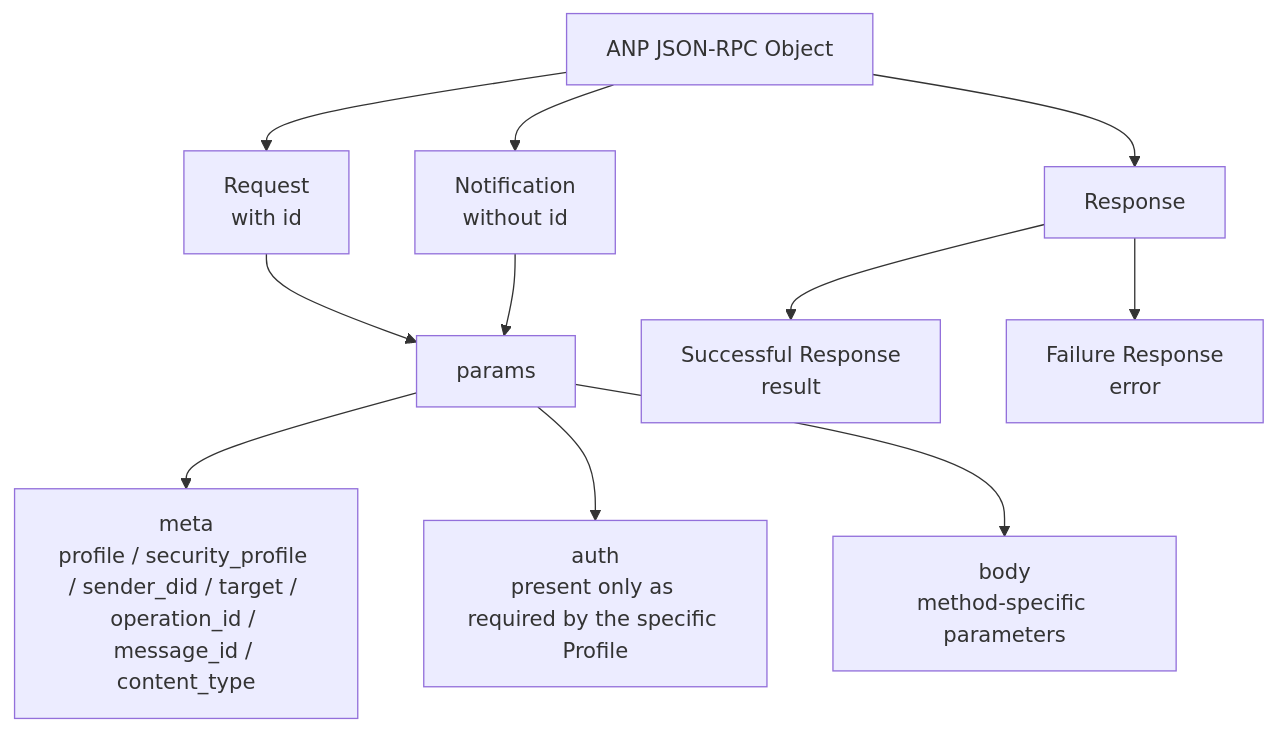
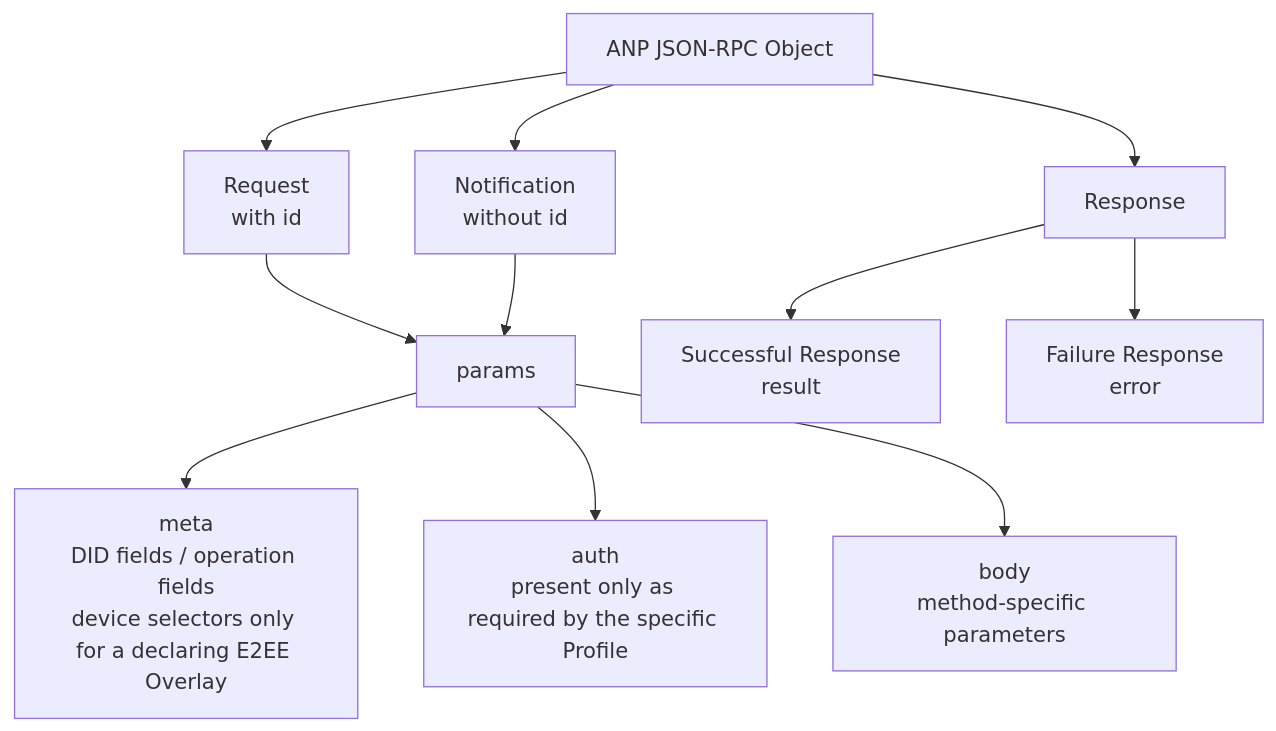
One commit to NeatNerdPrime/AgentNetworkProtocol changed the second of 4 diagrams in message/vnext/01-core-binding.md. Above: the diagram before and after it, drawn with Mermaid. The commit also changed other lines of this file and 31 other files, not shown here.

````diff
--- a/message/vnext/01-core-binding.md
+++ b/message/vnext/01-core-binding.md
@@ -226,18 +232,18 @@
 ```mermaid
 flowchart TB
 A[ANP JSON-RPC Object]
 
 A --> Req[Request<br/>with id]
 A --> Noti[Notification<br/>without id]
 A --> Resp[Response]
 
 Req --> Params[params]
 Noti --> Params
 
-Params --> Meta[meta<br/>profile / security_profile / sender_did / target / operation_id / message_id / content_type]
+Params --> Meta[meta<br/>DID fields / operation fields<br/>device selectors only for a declaring E2EE Overlay]
 Params --> Auth[auth<br/>present only as required by the specific Profile]
 Params --> Body[body<br/>method-specific parameters]
 
 Resp --> Ok[Successful Response<br/>result]
 Resp --> Err[Failure Response<br/>error]
 ```
````
